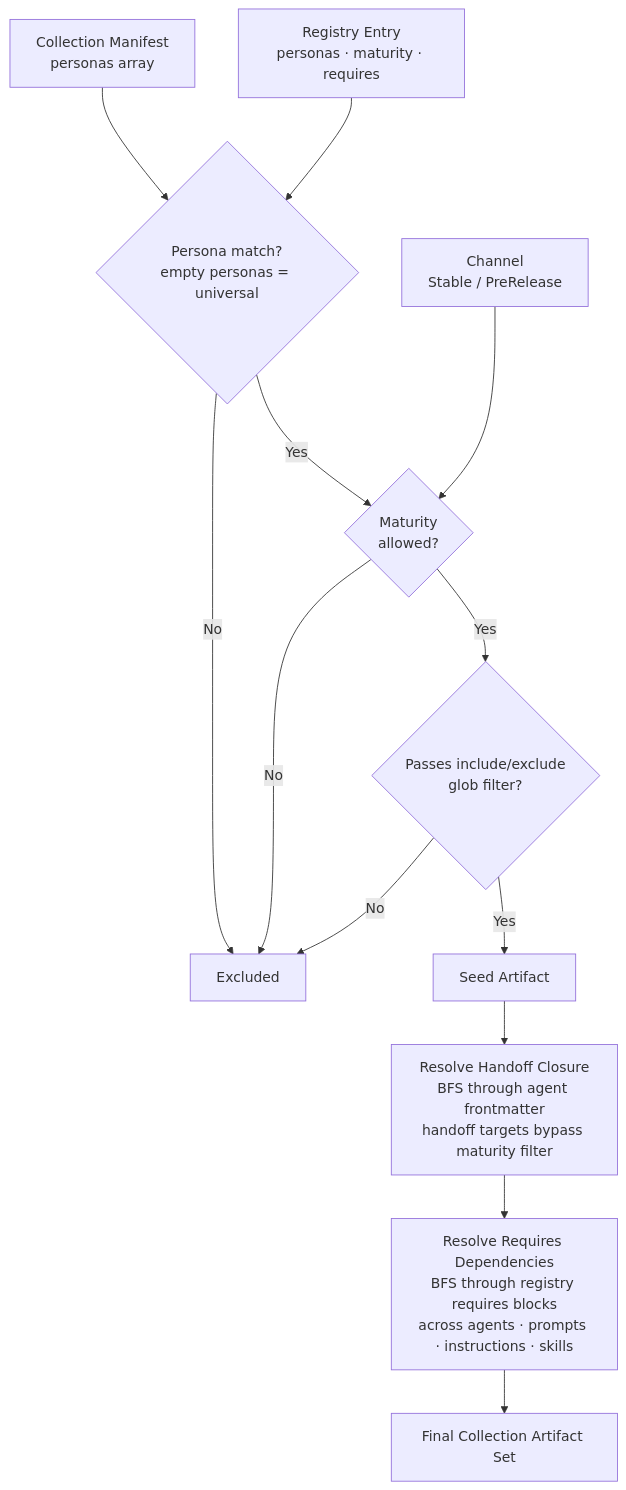
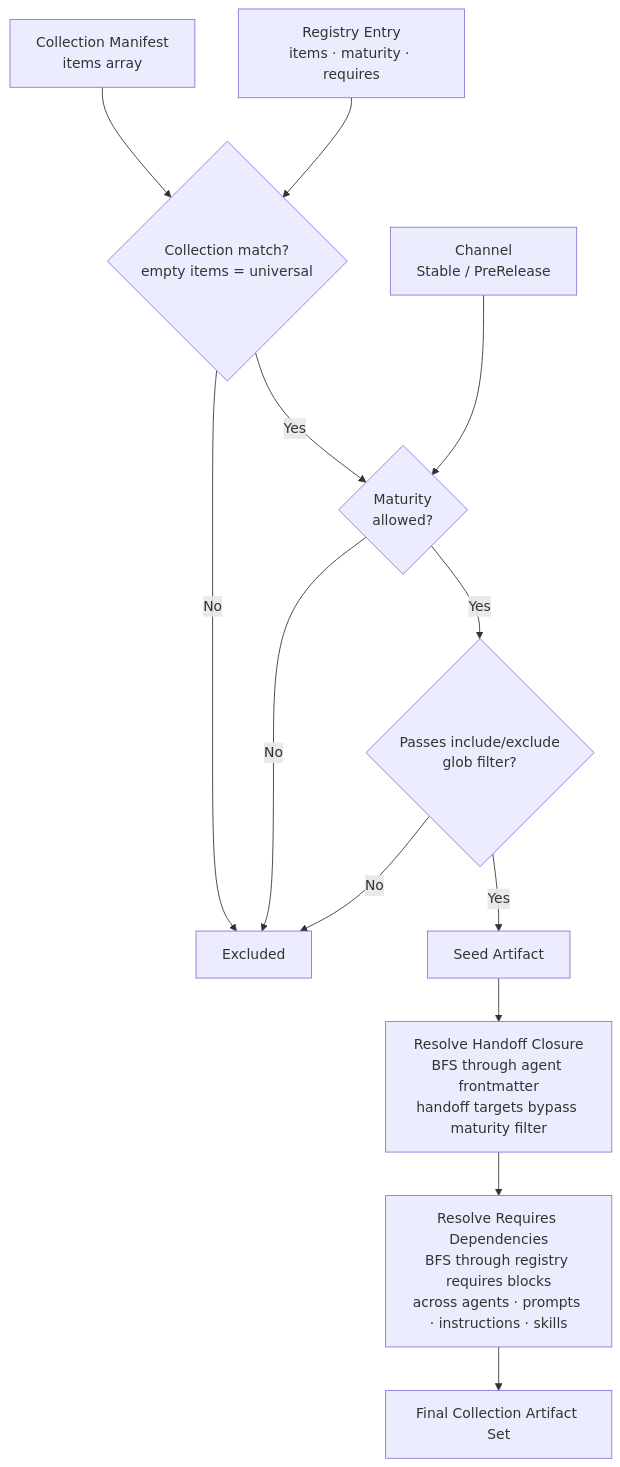
The fourth of 4 diagrams in extension/PACKAGING.md (microsoft/hve-core), drawn with Mermaid before and after one commit. The commit also changed other lines of this file and 16 other files, not shown here.

First line of the commit message:
refactor(scripts): rename persona terminology to collection across codebase

````diff
--- a/extension/PACKAGING.md
+++ b/extension/PACKAGING.md
@@ -424,19 +424,19 @@
 ```mermaid
 flowchart TB
-    REG["Registry Entry<br/>personas · maturity · requires"] --> PF{"Persona match?<br/>empty personas = universal"}
-    CM["Collection Manifest<br/>personas array"] --> PF
+    REG["Registry Entry<br/>items · maturity · requires"] --> PF{"Collection match?<br/>empty items = universal"}
+    CM["Collection Manifest<br/>items array"] --> PF
     CH["Channel<br/>Stable / PreRelease"] --> MF
 
     PF -->|Yes| MF{"Maturity<br/>allowed?"}
     PF -->|No| EXCLUDE[Excluded]
 
     MF -->|Yes| GLOB{"Passes include/exclude<br/>glob filter?"}
     MF -->|No| EXCLUDE
 
     GLOB -->|Yes| SEED[Seed Artifact]
     GLOB -->|No| EXCLUDE
 
     SEED --> HANDOFF["Resolve Handoff Closure<br/>BFS through agent frontmatter<br/>handoff targets bypass maturity filter"]
     HANDOFF --> REQUIRES["Resolve Requires Dependencies<br/>BFS through registry requires blocks<br/>across agents · prompts · instructions · skills"]
     REQUIRES --> FINAL[Final Collection Artifact Set]
 ```
````
